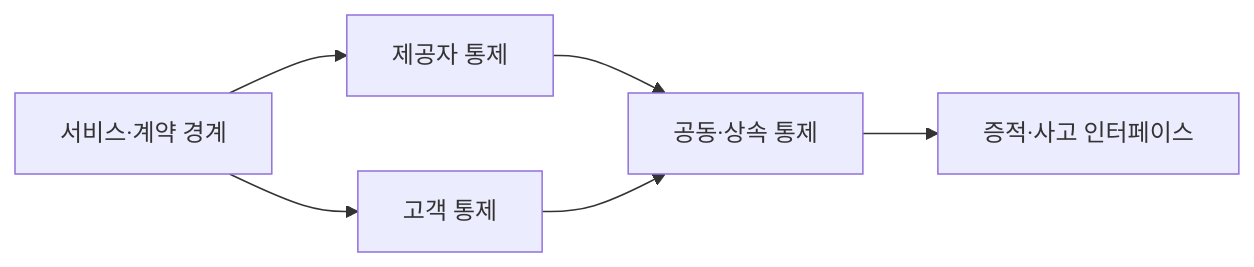
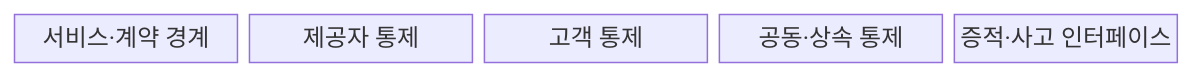
One commit to agnusdei1207/knowledge-base changed the first of 2 diagrams in src/content/docs/notes/05-security/071_shared_responsibility.md. Above: the diagram before and after it, drawn with Mermaid. The commit also changed other lines of this file and 4 other files, not shown here.

````diff
--- a/src/content/docs/notes/05-security/071_shared_responsibility.md
+++ b/src/content/docs/notes/05-security/071_shared_responsibility.md
@@ -62,8 +61,9 @@
 ```mermaid
-flowchart LR
-    A[서비스·계약 경계] --> B[제공자 통제]
-    A --> C[고객 통제]
-    B --> D[공동·상속 통제]
-    C --> D
-    D --> E[증적·사고 인터페이스]
+block-beta
+  columns 5
+  A["서비스·계약 경계"]
+  B["제공자 통제"]
+  C["고객 통제"]
+  D["공동·상속 통제"]
+  E["증적·사고 인터페이스"]
 ```
````
